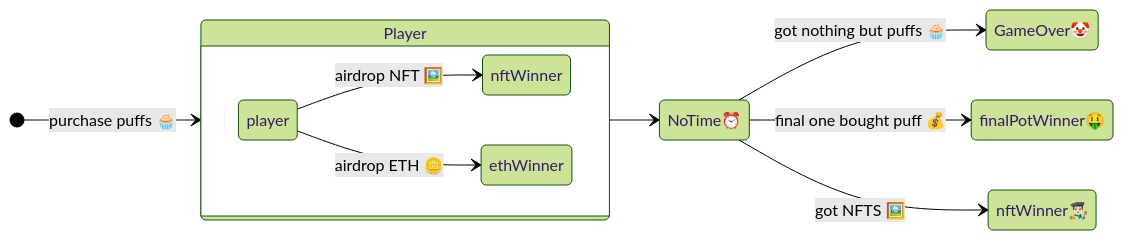
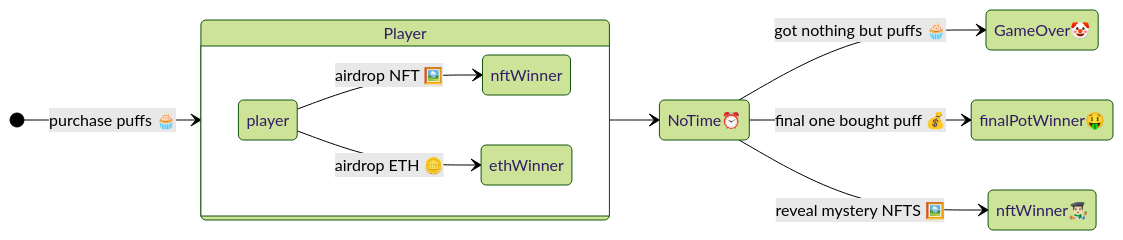
One commit to kryan19k/FoMoXD changed the first of 3 diagrams in README.md. Above: the diagram before and after it, drawn with Mermaid (forest theme). The commit also changed 17 other files, not shown here.

````diff
--- a/README.md
+++ b/README.md
@@ -20,14 +20,14 @@
 ```mermaid
 stateDiagram
     direction LR
     [*] --> Player: purchase puffs 🧁
     state Player {
       direction LR
       player --> nftWinner: airdrop NFT 🖼️
       player --> ethWinner: airdrop ETH 🪙
     }
     Player --> NoTime⏰ 
     NoTime⏰  --> GameOver🤡 : got nothing but puffs 🧁
     NoTime⏰  --> finalPotWinner🤑: final one bought puff 💰
-    NoTime⏰  --> nftWinner👨🏻‍🎨: got NFTS 🖼️
+    NoTime⏰  --> nftWinner👨🏻‍🎨: reveal mystery NFTS 🖼️
 ```
````
